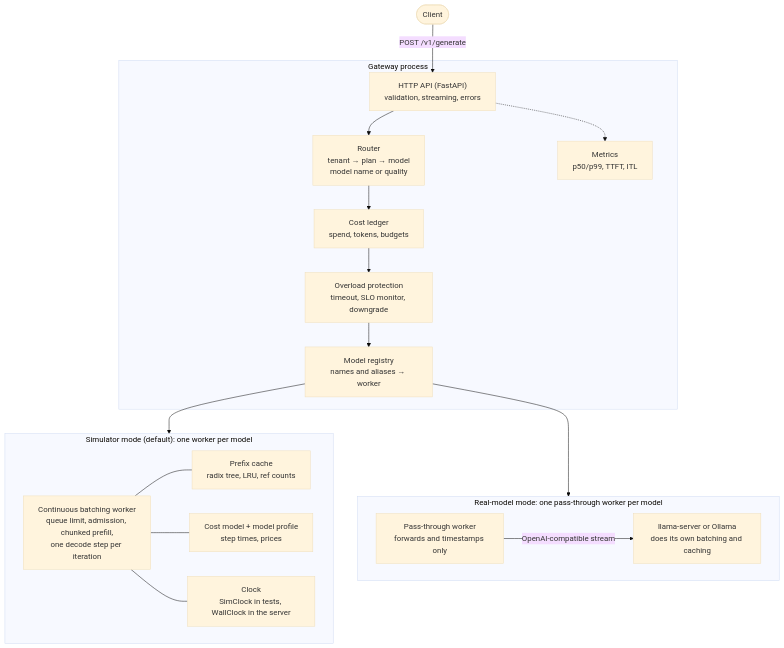
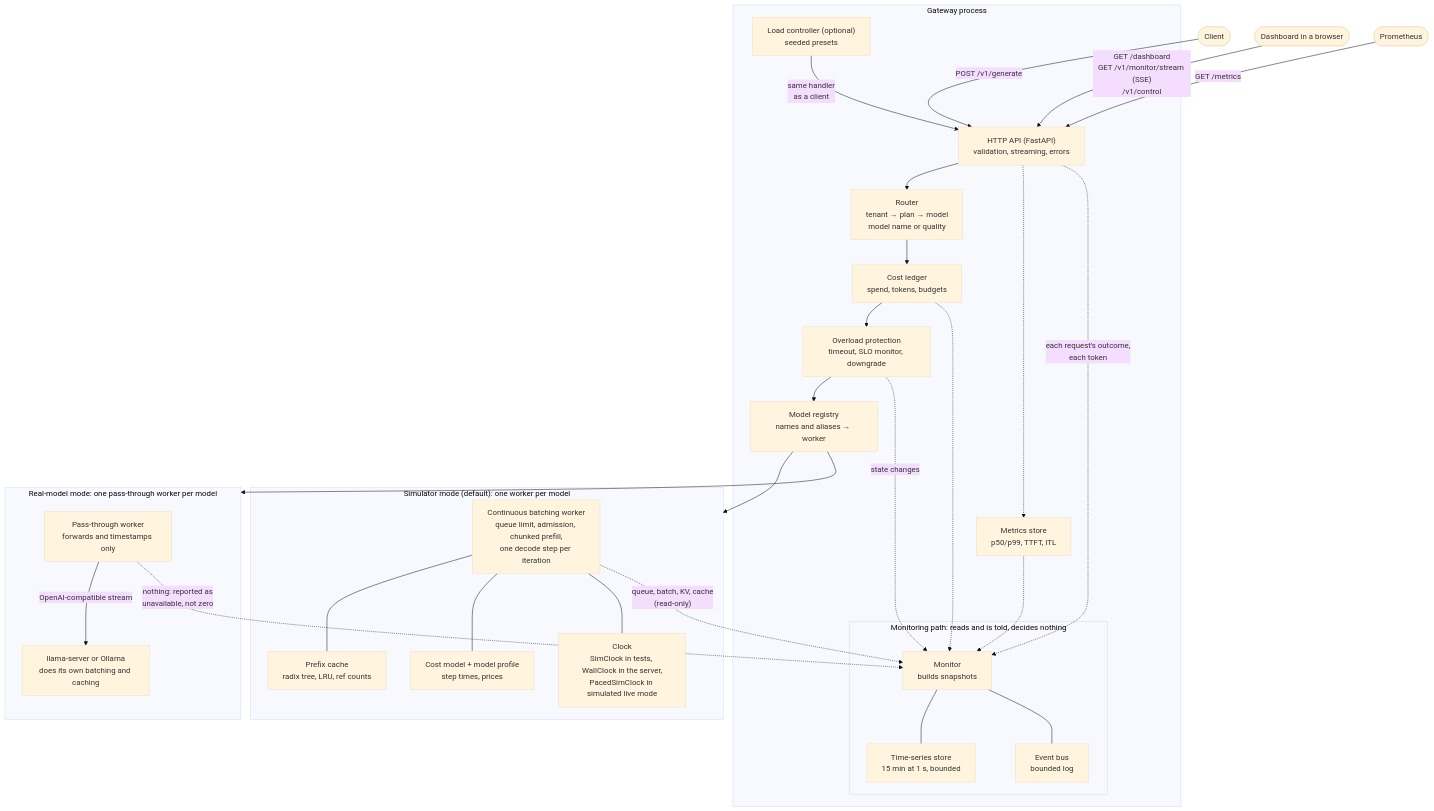
One commit to bala5071/Multi-Model-Inference-Gateway-Simulator changed the diagram in README.md. Above: the diagram before and after it, drawn with Mermaid (base theme). The commit also changed other lines of this file and 99 other files, not shown here.

First line of the commit message:
Steps 15-18: monitoring API, dashboard, simulated live mode, demo packaging

````diff
--- a/README.md
+++ b/README.md
@@ -50,35 +95,54 @@
 ```mermaid
 flowchart TD
     client([Client]) -->|"POST /v1/generate"| app
+    browser([Dashboard in a browser]) -->|"GET /dashboard<br/>GET /v1/monitor/stream (SSE)<br/>/v1/control"| app
+    prom([Prometheus]) -->|"GET /metrics"| app
 
     subgraph gateway["Gateway process"]
         app["HTTP API (FastAPI)<br/>validation, streaming, errors"]
         router["Router<br/>tenant → plan → model<br/>model name or quality"]
         ledger["Cost ledger<br/>spend, tokens, budgets"]
         overload["Overload protection<br/>timeout, SLO monitor, downgrade"]
         registry["Model registry<br/>names and aliases → worker"]
-        metrics["Metrics<br/>p50/p99, TTFT, ITL"]
+        metrics["Metrics store<br/>p50/p99, TTFT, ITL"]
 
         app --> router --> ledger --> overload --> registry
         app -.-> metrics
+
+        subgraph monitoring["Monitoring path: reads and is told, decides nothing"]
+            monitor["Monitor<br/>builds snapshots"]
+            series["Time-series store<br/>15 min at 1 s, bounded"]
+            bus["Event bus<br/>bounded log"]
+            monitor --- series
+            monitor --- bus
+        end
+
+        app -.->|"each request's outcome,<br/>each token"| monitor
+        overload -.->|"state changes"| monitor
+        metrics -.-> monitor
+        ledger -.-> monitor
+        load["Load controller (optional)<br/>seeded presets"] -->|"same handler<br/>as a client"| app
     end
 
     registry --> sim
     registry --> real
 
     subgraph sim["Simulator mode (default): one worker per model"]
         worker["Continuous batching worker<br/>queue limit, admission, chunked prefill,<br/>one decode step per iteration"]
         cache["Prefix cache<br/>radix tree, LRU, ref counts"]
         cost["Cost model + model profile<br/>step times, prices"]
-        clock["Clock<br/>SimClock in tests, WallClock in the server"]
+        clock["Clock<br/>SimClock in tests, WallClock in the server,<br/>PacedSimClock in simulated live mode"]
         worker --- cache
         worker --- cost
         worker --- clock
     end
 
     subgraph real["Real-model mode: one pass-through worker per model"]
         pass["Pass-through worker<br/>forwards and timestamps only"]
         llama["llama-server or Ollama<br/>does its own batching and caching"]
         pass -->|"OpenAI-compatible stream"| llama
     end
+
+    worker -.->|"queue, batch, KV, cache<br/>(read-only)"| monitor
+    pass -.->|"nothing: reported as<br/>unavailable, not zero"| monitor
 ```
````
